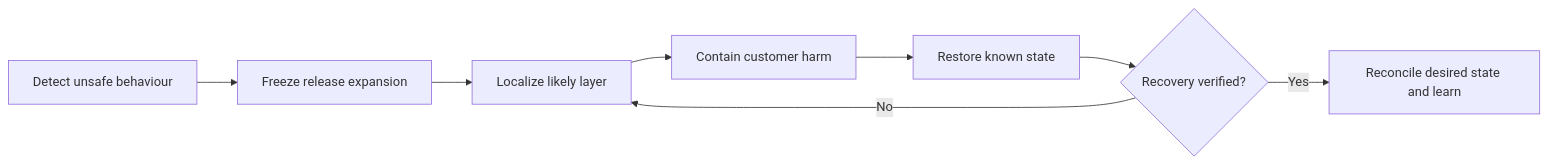
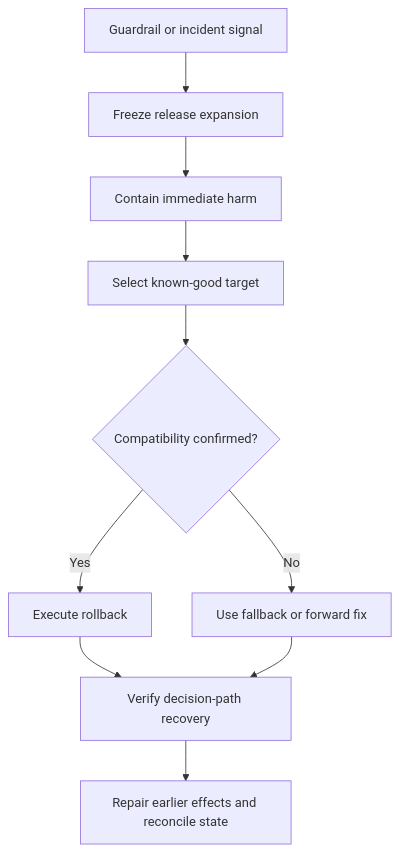
Before and after one commit to senlinyy/dev-roadmaps: the second of 4 diagrams in roadmaps/mlops/modules/deployment-and-release-management/rollback-and-recovery/03-rolling-back-bad-model.md, drawn with Mermaid. The commit also changed other lines of this file and 198 other files, not shown here.

````diff
--- a/roadmaps/mlops/modules/deployment-and-release-management/rollback-and-recovery/03-rolling-back-bad-model.md
+++ b/roadmaps/mlops/modules/deployment-and-release-management/rollback-and-recovery/03-rolling-back-bad-model.md
@@ -59,10 +143,12 @@
 ```mermaid
-flowchart LR
-    D["Detect unsafe behaviour"] --> F["Freeze release expansion"]
-    F --> L["Localize likely layer"]
-    L --> C["Contain customer harm"]
-    C --> R["Restore known state"]
-    R --> V{"Recovery verified?"}
-    V -->|No| L
-    V -->|Yes| G["Reconcile desired state and learn"]
+flowchart TD
+    D["Guardrail or incident signal"] --> F["Freeze release expansion"]
+    F --> C["Contain immediate harm"]
+    C --> T["Select known-good target"]
+    T --> K{"Compatibility confirmed?"}
+    K -->|"Yes"| R["Execute rollback"]
+    K -->|"No"| X["Use fallback or forward fix"]
+    R --> V["Verify decision-path recovery"]
+    X --> V
+    V --> E["Repair earlier effects and reconcile state"]
 ```
````
